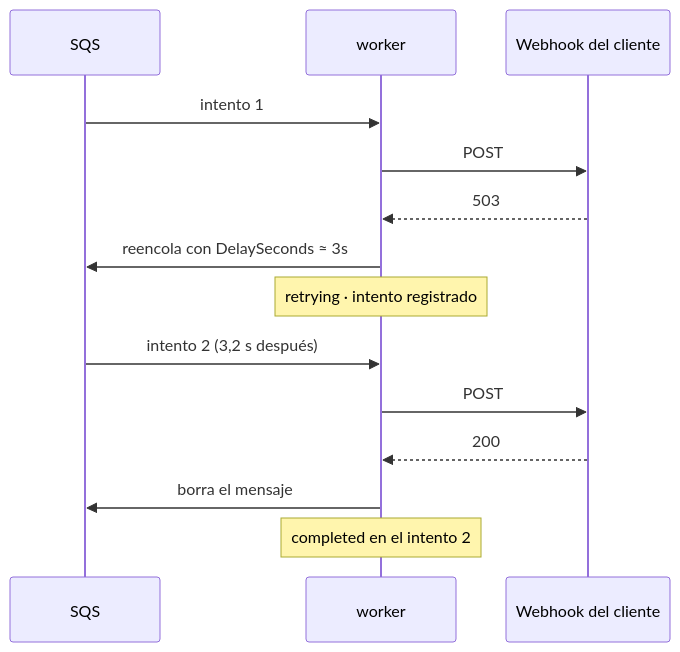
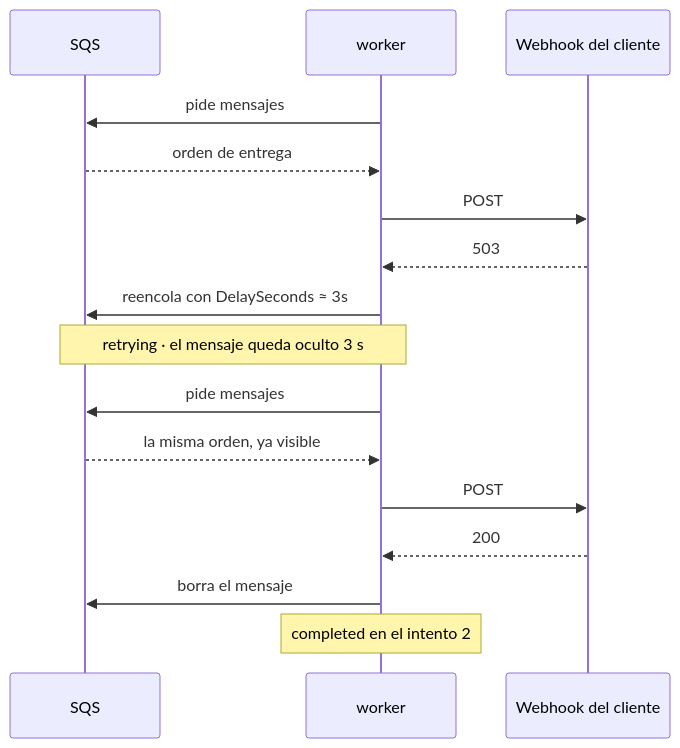
One commit to ssalaza7/cobre-notification-delivery changed the third of 5 diagrams in README.md. Above: the diagram before and after it, drawn with Mermaid. The commit also changed other lines of this file and 5 other files, not shown here.

````diff
--- a/README.md
+++ b/README.md
@@ -189,18 +195,20 @@
 ```mermaid
 sequenceDiagram
     participant Q as SQS
     participant W as worker
     participant C as Webhook del cliente
 
-    Q->>W: intento 1
+    W->>Q: pide mensajes
+    Q-->>W: orden de entrega
     W->>C: POST
     C-->>W: 503
     W->>Q: reencola con DelaySeconds ≈ 3s
-    Note over W: retrying · intento registrado
+    Note over W,Q: retrying · el mensaje queda oculto 3 s
 
-    Q->>W: intento 2 (3,2 s después)
+    W->>Q: pide mensajes
+    Q-->>W: la misma orden, ya visible
     W->>C: POST
     C-->>W: 200
     W->>Q: borra el mensaje
     Note over W: completed en el intento 2
 ```
````
